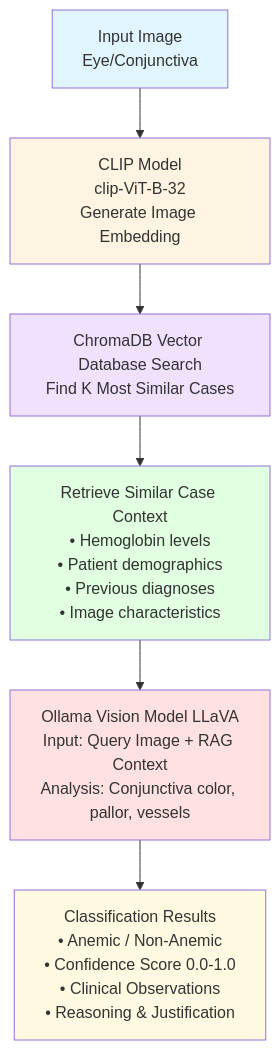
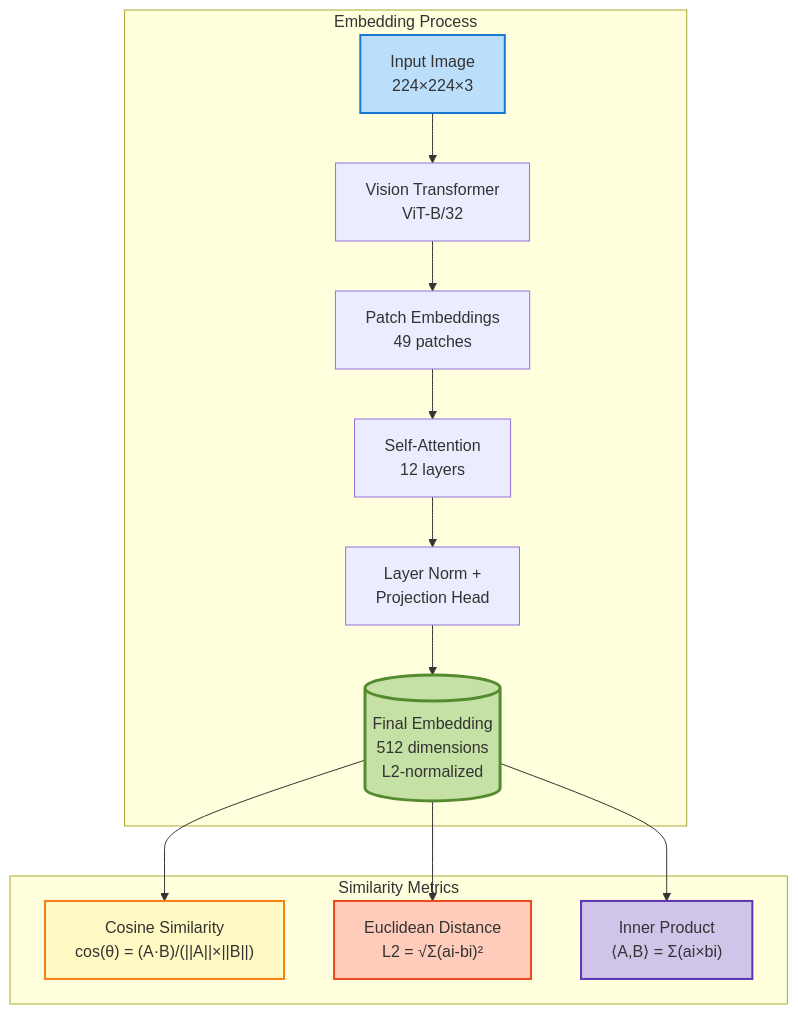
Before and after one commit to ekas-7/Anemia_Detection: the fourth of 10 diagrams in README.md, drawn with Mermaid. The commit also changed other lines of this file, not shown here.

Commit message:
Enhance README.md with detailed system architecture diagrams and performance metrics for the Anemia Detection System

````diff
--- a/README.md
+++ b/README.md
@@ -30,15 +162,22 @@
 ```mermaid
-flowchart TD
-    A[Input Image<br/>Eye/Conjunctiva] --> B[CLIP Model<br/>clip-ViT-B-32<br/>Generate Image Embedding]
-    B --> C[ChromaDB Vector Database Search<br/>Find K Most Similar Cases]
-    C --> D[Retrieve Similar Case Context<br/>• Hemoglobin levels<br/>• Patient demographics<br/>• Previous diagnoses<br/>• Image characteristics]
-    D --> E[Ollama Vision Model LLaVA<br/>Input: Query Image + RAG Context<br/>Analysis: Conjunctiva color, pallor, vessels]
-    E --> F[Classification Results<br/>• Anemic / Non-Anemic<br/>• Confidence Score 0.0-1.0<br/>• Clinical Observations<br/>• Reasoning & Justification]
+graph TD
+    subgraph "Embedding Process"
+        I1["Input Image<br/>224×224×3"] --> T1["Vision Transformer<br/>ViT-B/32"]
+        T1 --> P1["Patch Embeddings<br/>49 patches"]
+        P1 --> A1["Self-Attention<br/>12 layers"]
+        A1 --> N1["Layer Norm +<br/>Projection Head"]
+        N1 --> E1[("Final Embedding<br/>512 dimensions<br/>L2-normalized")]
+    end
     
-    style A fill:#e1f5ff
-    style B fill:#fff4e1
-    style C fill:#f0e1ff
-    style D fill:#e1ffe1
-    style E fill:#ffe1e1
-    style F fill:#fff9e1
+    subgraph "Similarity Metrics"
+        E1 --> S1["Cosine Similarity<br/>cos(θ) = (A·B)/(||A||×||B||)"]
+        E1 --> S2["Euclidean Distance<br/>L2 = √Σ(ai-bi)²"]
+        E1 --> S3["Inner Product<br/>⟨A,B⟩ = Σ(ai×bi)"]
+    end
+    
+    style I1 fill:#bbdefb,stroke:#1976d2,stroke-width:2px
+    style E1 fill:#c5e1a5,stroke:#558b2f,stroke-width:3px
+    style S1 fill:#fff9c4,stroke:#f57f17,stroke-width:2px
+    style S2 fill:#ffccbc,stroke:#e64a19,stroke-width:2px
+    style S3 fill:#d1c4e9,stroke:#5e35b1,stroke-width:2px
 ```
````
